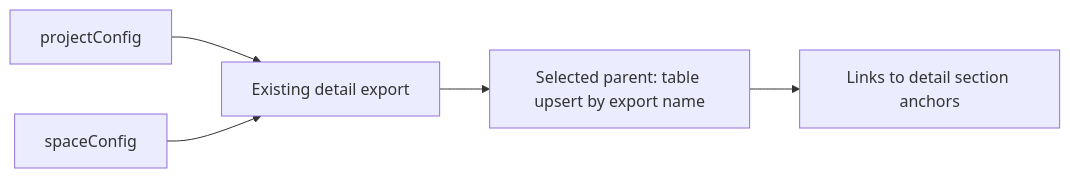
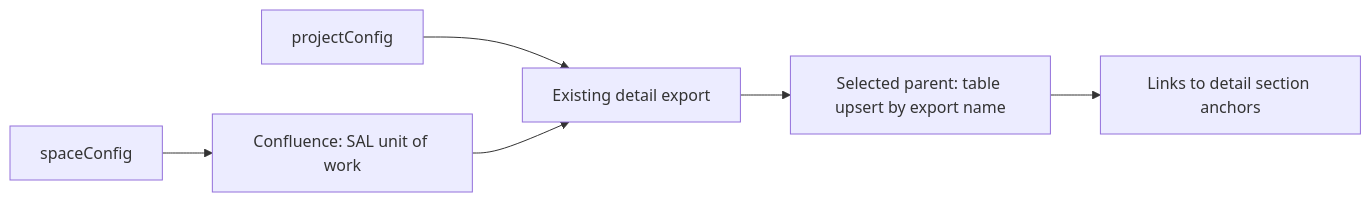
One commit to cfaysal/atlassian-dc-config-deepscan changed the diagram in README.md. Above: the diagram before and after it, drawn with Mermaid. The commit also changed other lines of this file and 8 other files, not shown here.

Commit message:
OP-1475 fix Confluence first-run overview transaction

````diff
--- a/README.md
+++ b/README.md
@@ -188,7 +190,8 @@
 ```mermaid
 flowchart LR
     Jira[projectConfig] --> Detail[Existing detail export]
-    Confluence[spaceConfig] --> Detail
+    Confluence[spaceConfig] --> Transaction[Confluence: SAL unit of work]
+    Transaction --> Detail
     Detail --> Overview[Selected parent: table upsert by export name]
     Overview --> Sections[Links to detail section anchors]
 ```
````
